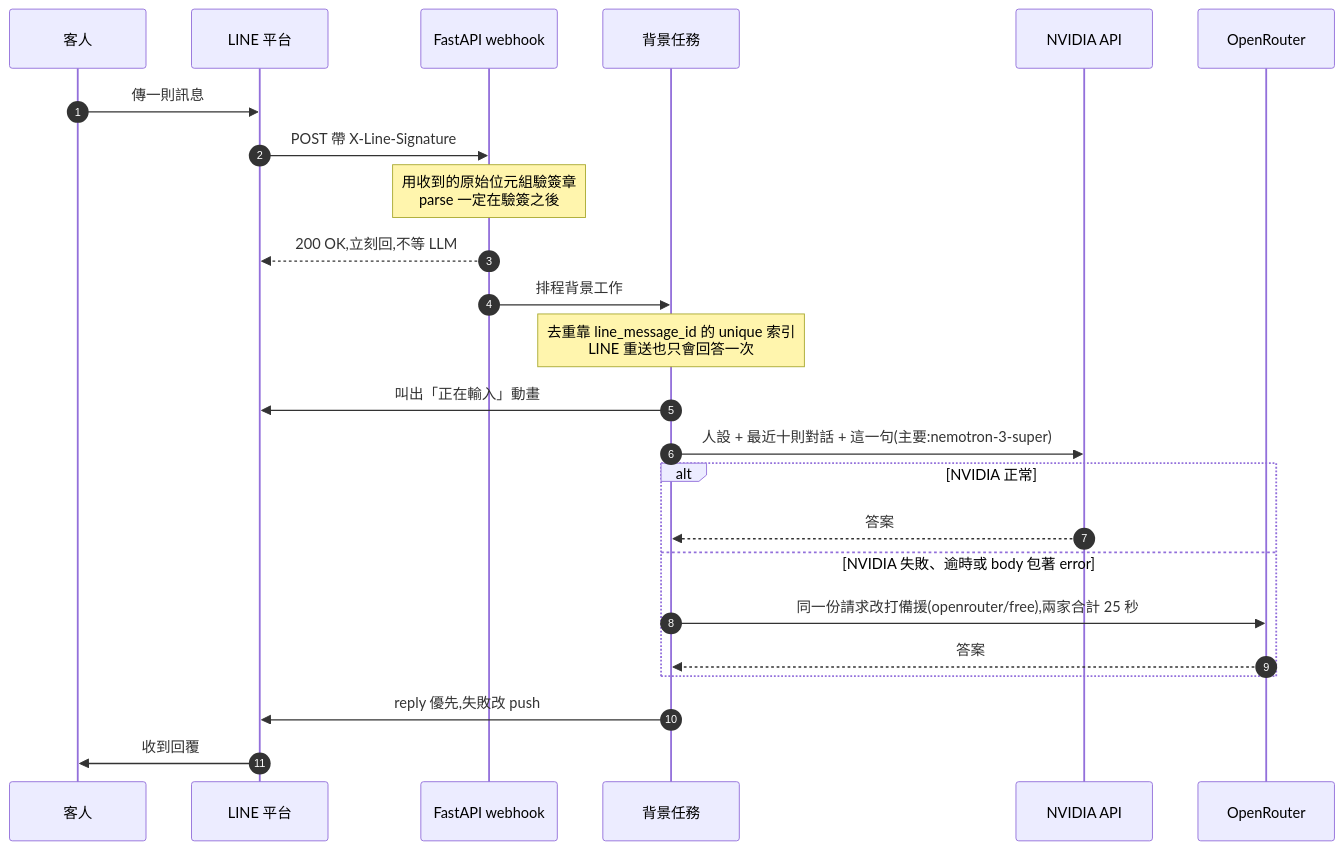
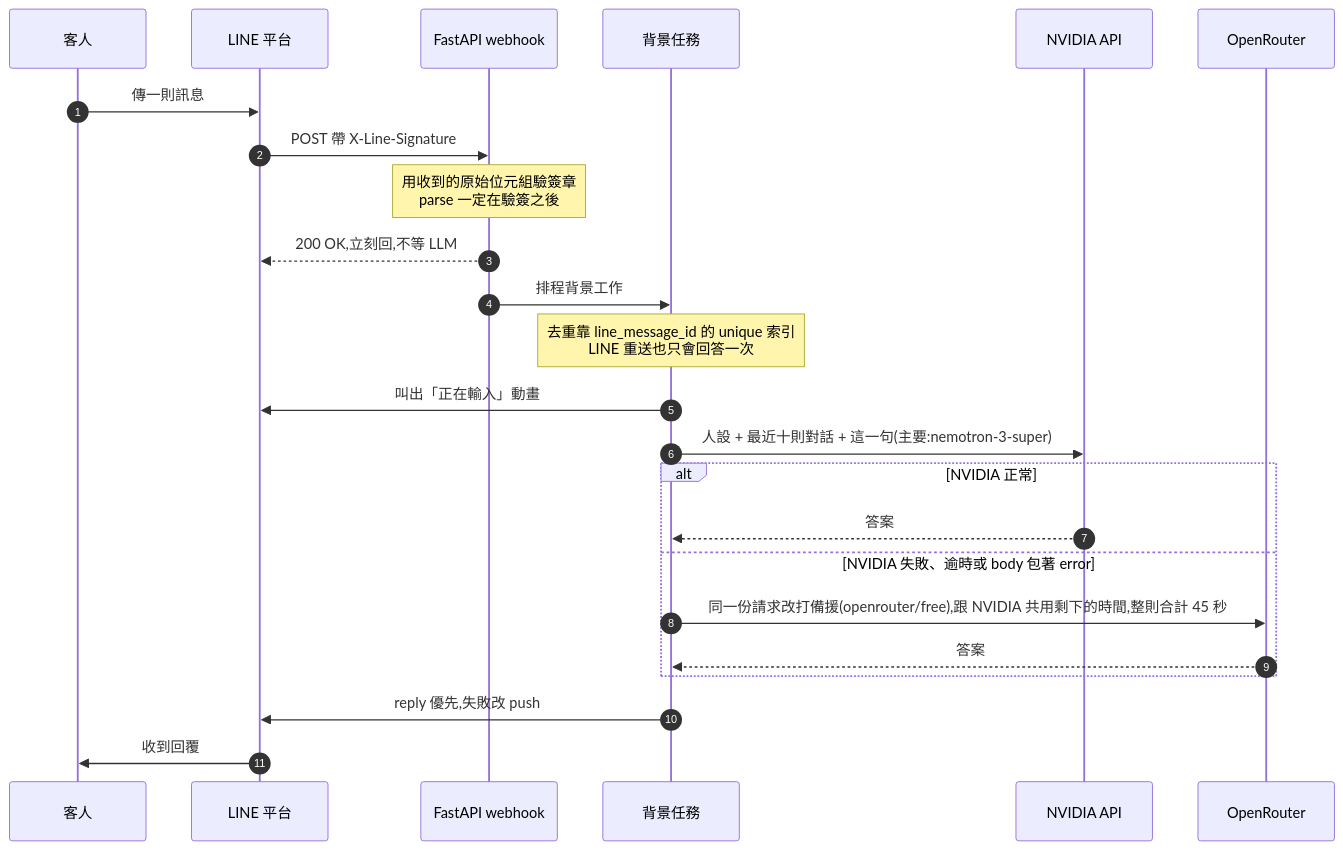
One commit to inform199751-crypto/universal-ai-helpdesk changed the second of 2 diagrams in README.md. Above: the diagram before and after it, drawn with Mermaid. The commit also changed other lines of this file and 3 other files, not shown here.

````diff
--- a/README.md
+++ b/README.md
@@ -40,27 +40,27 @@
 ```mermaid
 sequenceDiagram
     autonumber
     participant C as 客人
     participant L as LINE 平台
     participant W as FastAPI webhook
     participant B as 背景任務
     participant N as NVIDIA API
     participant O as OpenRouter
 
     C->>L: 傳一則訊息
     L->>W: POST 帶 X-Line-Signature
     Note over W: 用收到的原始位元組驗簽章<br/>parse 一定在驗簽之後
     W-->>L: 200 OK,立刻回,不等 LLM
     W->>B: 排程背景工作
     Note over B: 去重靠 line_message_id 的 unique 索引<br/>LINE 重送也只會回答一次
     B->>L: 叫出「正在輸入」動畫
     B->>N: 人設 + 最近十則對話 + 這一句(主要:nemotron-3-super)
     alt NVIDIA 正常
         N-->>B: 答案
     else NVIDIA 失敗、逾時或 body 包著 error
-        B->>O: 同一份請求改打備援(openrouter/free),兩家合計 25 秒
+        B->>O: 同一份請求改打備援(openrouter/free),跟 NVIDIA 共用剩下的時間,整則合計 45 秒
         O-->>B: 答案
     end
     B->>L: reply 優先,失敗改 push
     L->>C: 收到回覆
 ```
````
